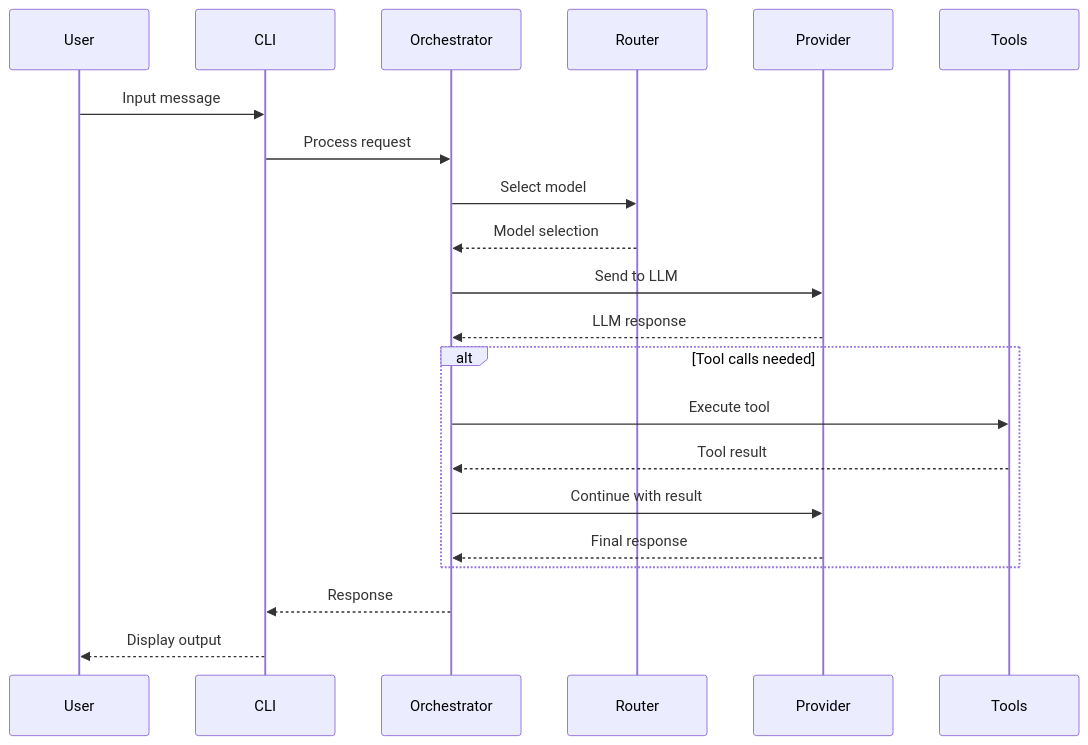
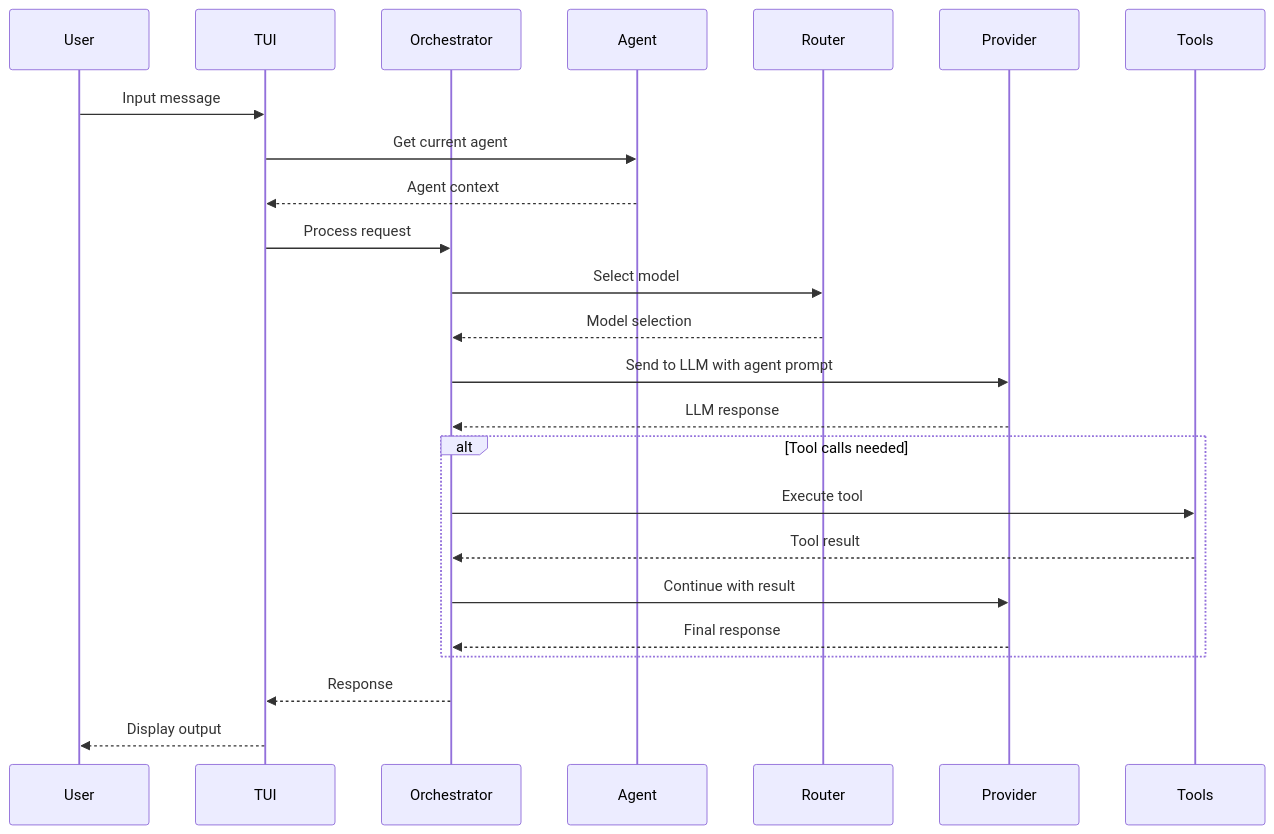
Before and after one commit to ausardcompany/alexi: the fifth of 11 diagrams in docs/architecture.md, drawn with Mermaid. The commit also changed other lines of this file and 5 other files, not shown here.

````diff
--- a/docs/architecture.md
+++ b/docs/architecture.md
@@ -140,26 +396,29 @@
 ```mermaid
 sequenceDiagram
     participant User
-    participant CLI
+    participant TUI
     participant Orchestrator
+    participant Agent
     participant Router
     participant Provider
     participant Tools
 
-    User->>CLI: Input message
-    CLI->>Orchestrator: Process request
+    User->>TUI: Input message
+    TUI->>Agent: Get current agent
+    Agent-->>TUI: Agent context
+    TUI->>Orchestrator: Process request
     Orchestrator->>Router: Select model
     Router-->>Orchestrator: Model selection
-    Orchestrator->>Provider: Send to LLM
+    Orchestrator->>Provider: Send to LLM with agent prompt
     Provider-->>Orchestrator: LLM response
     
     alt Tool calls needed
         Orchestrator->>Tools: Execute tool
         Tools-->>Orchestrator: Tool result
         Orchestrator->>Provider: Continue with result
         Provider-->>Orchestrator: Final response
     end
     
-    Orchestrator-->>CLI: Response
-    CLI-->>User: Display output
+    Orchestrator-->>TUI: Response
+    TUI-->>User: Display output
 ```
````
